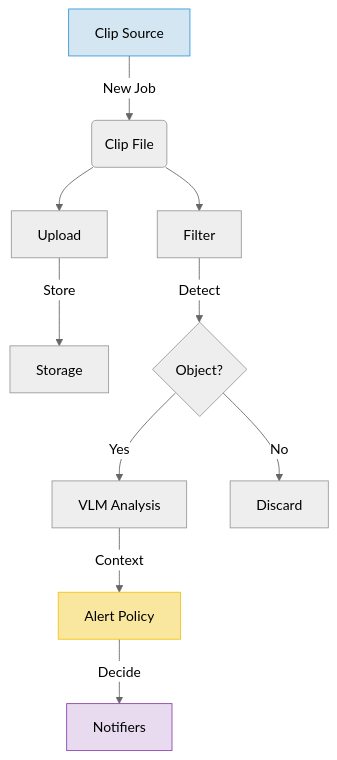
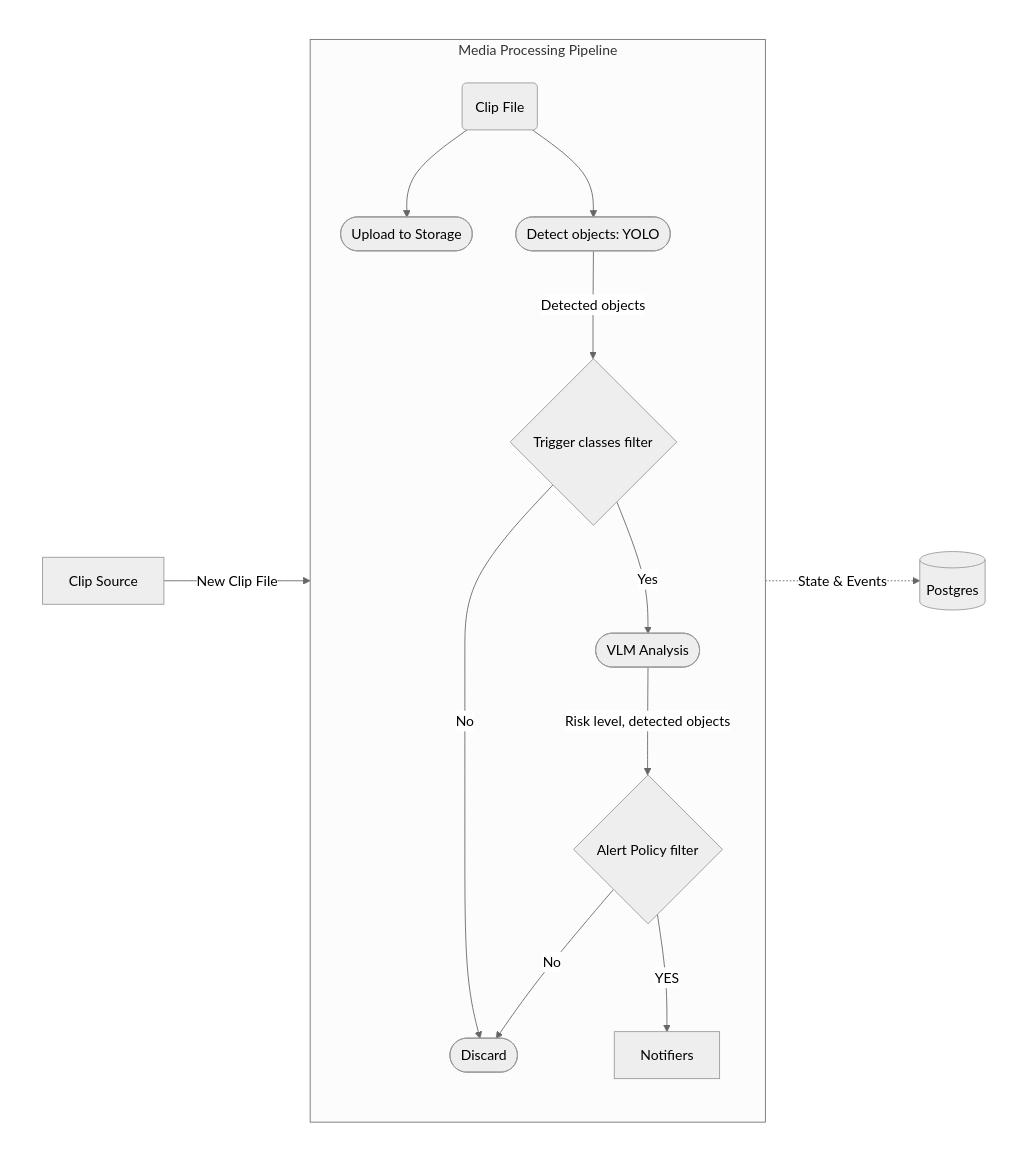
The diagram in README.md (lan17/homesec), drawn with Mermaid (neutral theme) before and after one commit. The commit also changed other lines of this file, not shown here.

Commit message:
docs: address copilot feedback (ToC links, hierarchy, config cleanup) (#15)
* docs: address copilot feedback (ToC links, hierarchy, config cleanup)

* docs: refine mermaid diagram (graph LR, remove styles)

* docs: revert mermaid diagram to vertical (graph TD)

* docs: fix ToC links to point to valid headers

* Update label in diagram

* Update mermaid

* docs: add Postgres state tracking to mermaid diagram

* docs: clean up mermaid diagram with simplified Postgres tracking

* docs: wrap mermaid pipeline in subgraph for better visual grouping

* docs: move Clip Source inside subgraph to fix title overlap

* docs: refine mermaid layout with nested wrapper subgraph

* docs: position Postgres to the right of pipeline

````diff
--- a/README.md
+++ b/README.md
@@ -21,16 +21,27 @@
 ```mermaid
 graph TD
-    S[Clip Source] -->|New Job| C(Clip File)
-    C --> U[Upload]
-    C --> F[Filter]
-    U -->|Store| DB[Storage]
-    F -->|Detect| AI{Object?}
-    AI -->|Yes| V[VLM Analysis]
-    AI -->|No| D[Discard]
-    V -->|Context| P[Alert Policy]
-    P -->|Decide| N[Notifiers]
-    
-    style S fill:#d4e6f1,stroke:#3498db
-    style P fill:#f9e79f,stroke:#f1c40f
-    style N fill:#e8daef,stroke:#8e44ad
+    %% Layout Wrapper for horizontal alignment
+    subgraph Wrapper [" "]
+        direction LR
+        style Wrapper fill:none,stroke:none
+        
+        S[Clip Source]
+        
+        subgraph Pipeline [Media Processing Pipeline]
+            direction TB
+            C(Clip File) --> U([Upload to Storage])
+            C --> F([Detect objects: YOLO])
+            F -->|Detected objects| AI{Trigger classes filter}
+            AI -->|Yes| V([VLM Analysis])
+            AI -->|No| D([Discard])
+            V -->|Risk level, detected objects| P{Alert Policy filter}
+            P -->|No| D
+            P -->|YES| N[Notifiers]
+        end
+        
+        S -->|New Clip File| Pipeline
+        
+        PG[(Postgres)]
+        Pipeline -.->|State & Events| PG
+    end
 ```
````
